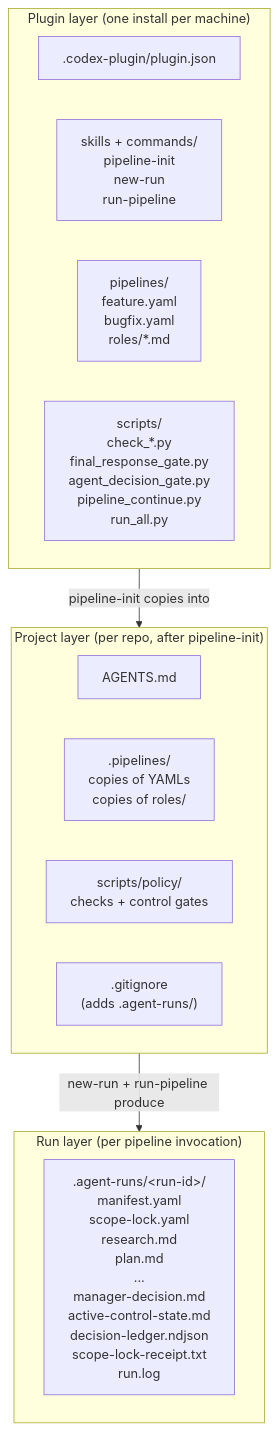
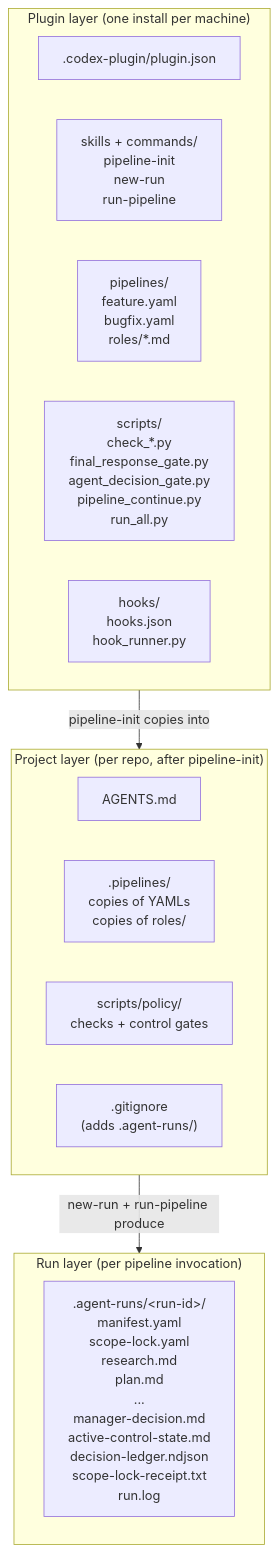
The first of 13 diagrams in ARCHITECTURE.md (scottconverse/agent-pipeline-codex), drawn with Mermaid before and after one commit. The commit also changed other lines of this file and 42 other files, not shown here.

````diff
--- a/ARCHITECTURE.md
+++ b/ARCHITECTURE.md
@@ -33,26 +34,27 @@
 ```mermaid
 flowchart TB
     subgraph PluginLayer["Plugin layer (one install per machine)"]
         direction LR
         A1[".codex-plugin/plugin.json"]
         A2["skills + commands/<br/>pipeline-init<br/>new-run<br/>run-pipeline"]
         A3["pipelines/<br/>feature.yaml<br/>bugfix.yaml<br/>roles/*.md"]
         A4["scripts/<br/>check_*.py<br/>final_response_gate.py<br/>agent_decision_gate.py<br/>pipeline_continue.py<br/>run_all.py"]
+        A5["hooks/<br/>hooks.json<br/>hook_runner.py"]
     end
 
     subgraph ProjectLayer["Project layer (per repo, after pipeline-init)"]
         direction LR
         B1["AGENTS.md"]
         B2[".pipelines/<br/>copies of YAMLs<br/>copies of roles/"]
         B3["scripts/policy/<br/>checks + control gates"]
         B4[".gitignore<br/>(adds .agent-runs/)"]
     end
 
     subgraph RunLayer["Run layer (per pipeline invocation)"]
         direction LR
         C1[".agent-runs/&lt;run-id&gt;/<br/>manifest.yaml<br/>scope-lock.yaml<br/>research.md<br/>plan.md<br/>...<br/>manager-decision.md<br/>active-control-state.md<br/>decision-ledger.ndjson<br/>scope-lock-receipt.txt<br/>run.log"]
     end
 
     PluginLayer -- "pipeline-init copies into" --> ProjectLayer
-    ProjectLayer -- "new-run + run-pipeline produce" --> RunLayer
+ProjectLayer -- "new-run + run-pipeline produce" --> RunLayer
 ```
````
